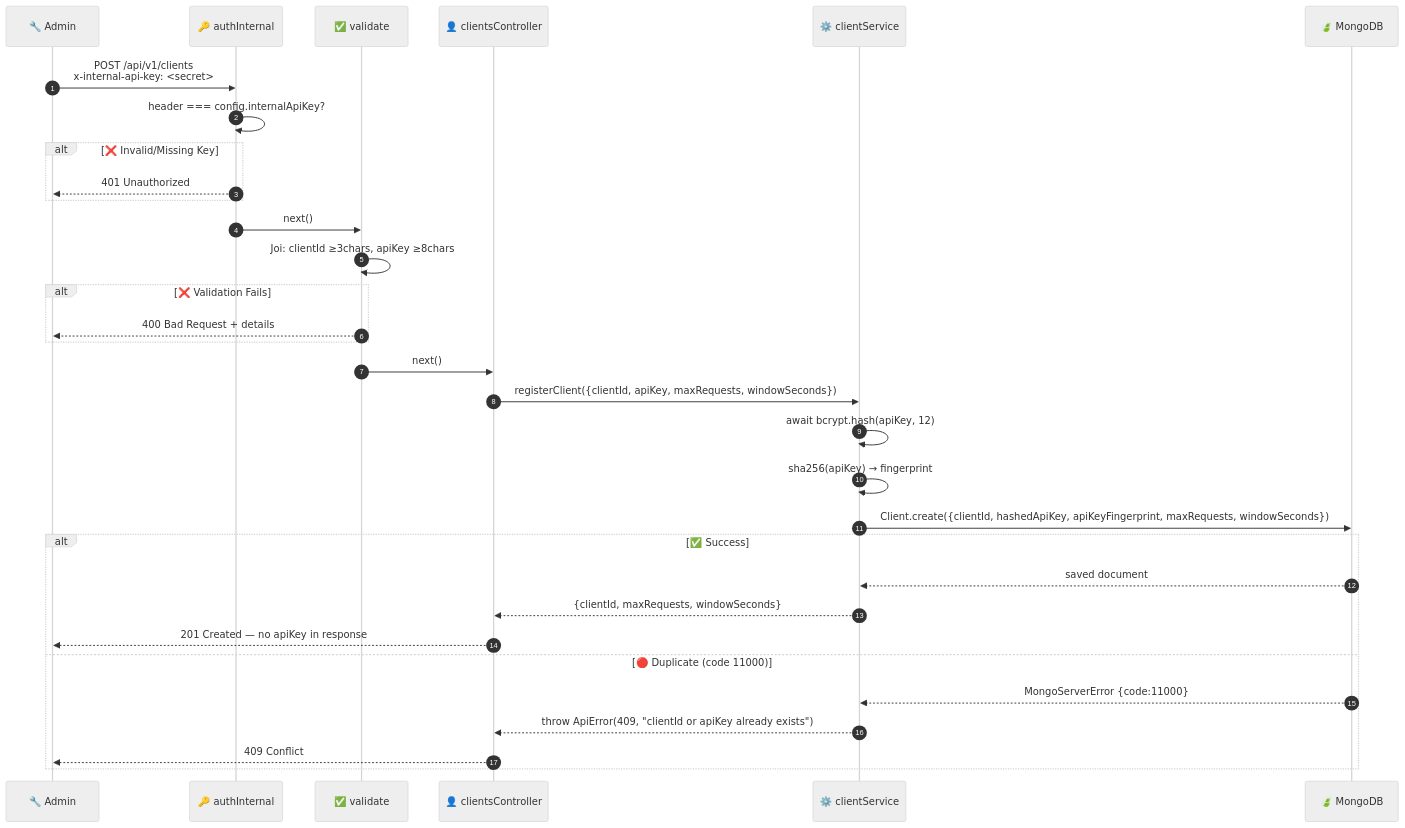
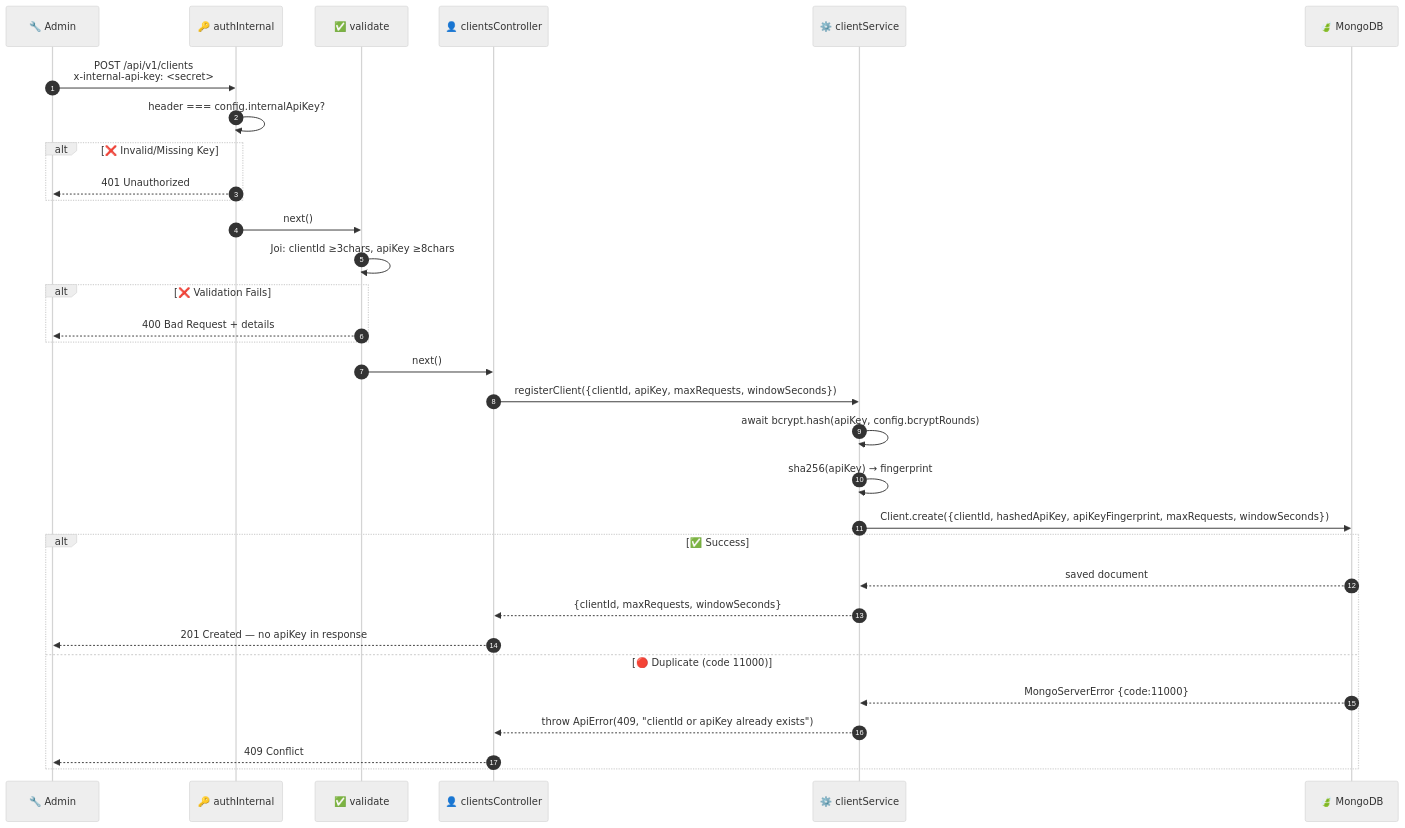
One commit to ramalokeshreddyp/RateGuard changed the seventh of 17 diagrams in ARCHITECTURE.md. Above: the diagram before and after it, drawn with Mermaid (neutral theme). The commit also changed other lines of this file and 2 other files, not shown here.

Commit message:
docs: comprehensive rewrite of README, ARCHITECTURE, and projectdocumentation (v2.0) - 43 tests, GET /clients/:id, X-RateLimit-* headers, BCRYPT_ROUNDS, ioredis-mock, .dockerignore

````diff
--- a/ARCHITECTURE.md
+++ b/ARCHITECTURE.md
@@ -352,40 +371,40 @@
 ```mermaid
 sequenceDiagram
     autonumber
     participant ADM as 🔧 Admin
     participant AUTH as 🔑 authInternal
     participant VAL as ✅ validate
     participant CC as 👤 clientsController
     participant CS as ⚙️ clientService
     participant MDB as 🍃 MongoDB
 
     ADM->>AUTH: POST /api/v1/clients<br/>x-internal-api-key: <secret>
     AUTH->>AUTH: header === config.internalApiKey?
 
     alt ❌ Invalid/Missing Key
         AUTH-->>ADM: 401 Unauthorized
     end
 
     AUTH->>VAL: next()
     VAL->>VAL: Joi: clientId ≥3chars, apiKey ≥8chars
 
     alt ❌ Validation Fails
         VAL-->>ADM: 400 Bad Request + details
     end
 
     VAL->>CC: next()
     CC->>CS: registerClient({clientId, apiKey, maxRequests, windowSeconds})
-    CS->>CS: await bcrypt.hash(apiKey, 12)
+    CS->>CS: await bcrypt.hash(apiKey, config.bcryptRounds)
     CS->>CS: sha256(apiKey) → fingerprint
     CS->>MDB: Client.create({clientId, hashedApiKey, apiKeyFingerprint, maxRequests, windowSeconds})
 
     alt ✅ Success
         MDB-->>CS: saved document
         CS-->>CC: {clientId, maxRequests, windowSeconds}
         CC-->>ADM: 201 Created — no apiKey in response
     else 🔴 Duplicate (code 11000)
         MDB-->>CS: MongoServerError {code:11000}
         CS-->>CC: throw ApiError(409, "clientId or apiKey already exists")
         CC-->>ADM: 409 Conflict
     end
 ```
````
